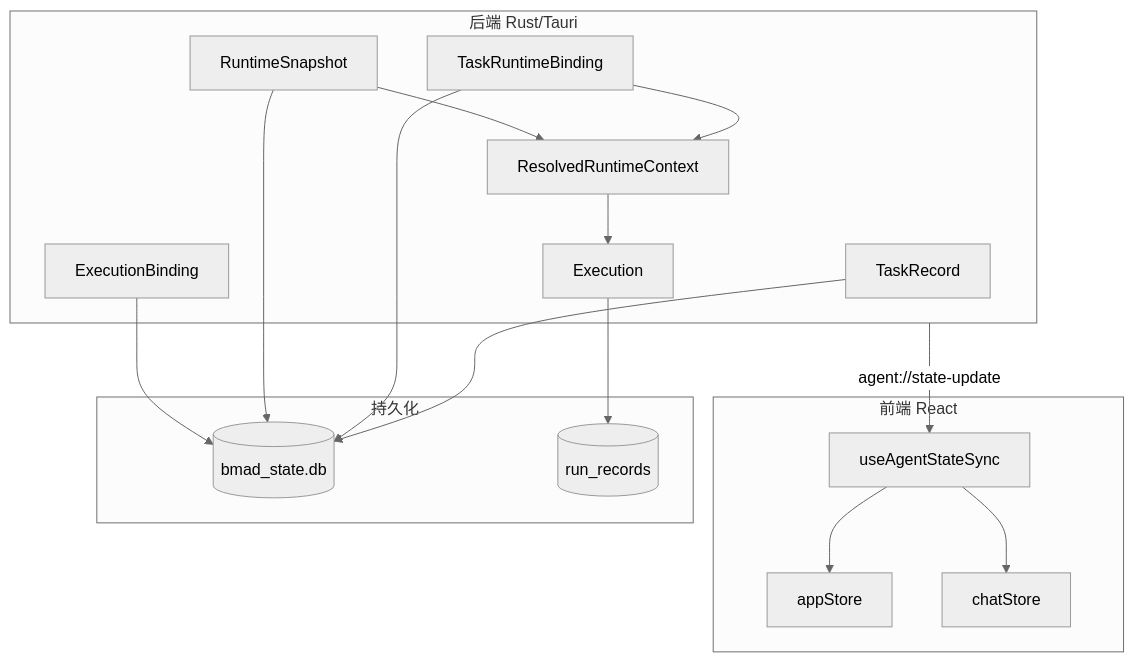
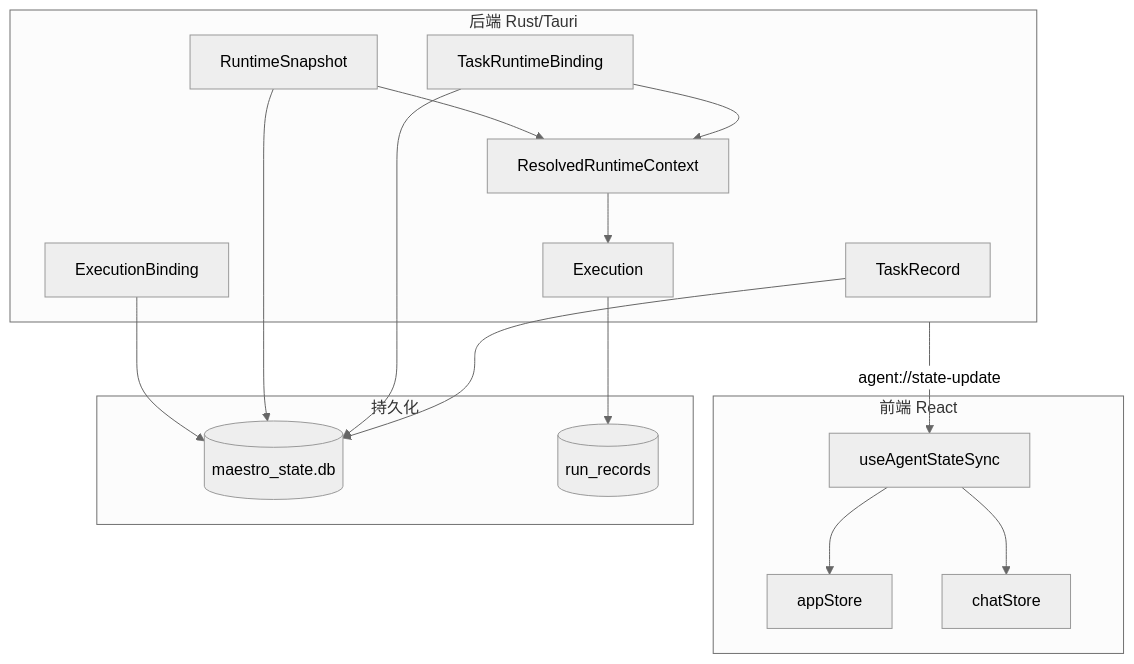
Before and after one commit to lezzhao/maestro: the first of 3 diagrams in docs/ARCHITECTURE.md, drawn with Mermaid (neutral theme). The commit also changed other lines of this file and 12 other files, not shown here.

````diff
--- a/docs/ARCHITECTURE.md
+++ b/docs/ARCHITECTURE.md
@@ -5,36 +5,36 @@
 ```mermaid
 flowchart TB
     subgraph Frontend [前端 React]
         AppStore[appStore]
         ChatStore[chatStore]
         useAgentStateSync[useAgentStateSync]
     end
 
     subgraph Backend [后端 Rust/Tauri]
         TaskRecord[TaskRecord]
         TaskRuntimeBinding[TaskRuntimeBinding]
         ResolvedRuntimeContext[ResolvedRuntimeContext]
         Execution[Execution]
         RuntimeSnapshot[RuntimeSnapshot]
         ExecutionBinding[ExecutionBinding]
     end
 
     subgraph DB [持久化]
-        bmad_state[(bmad_state.db)]
+        maestro_state[(maestro_state.db)]
         run_records[(run_records)]
     end
 
-    TaskRecord --> bmad_state
-    TaskRuntimeBinding --> bmad_state
-    RuntimeSnapshot --> bmad_state
-    ExecutionBinding --> bmad_state
+    TaskRecord --> maestro_state
+    TaskRuntimeBinding --> maestro_state
+    RuntimeSnapshot --> maestro_state
+    ExecutionBinding --> maestro_state
     Execution --> run_records
 
     ResolvedRuntimeContext --> Execution
     TaskRuntimeBinding --> ResolvedRuntimeContext
     RuntimeSnapshot --> ResolvedRuntimeContext
 
     Backend -->|agent://state-update| useAgentStateSync
     useAgentStateSync --> AppStore
     useAgentStateSync --> ChatStore
 ```
````
